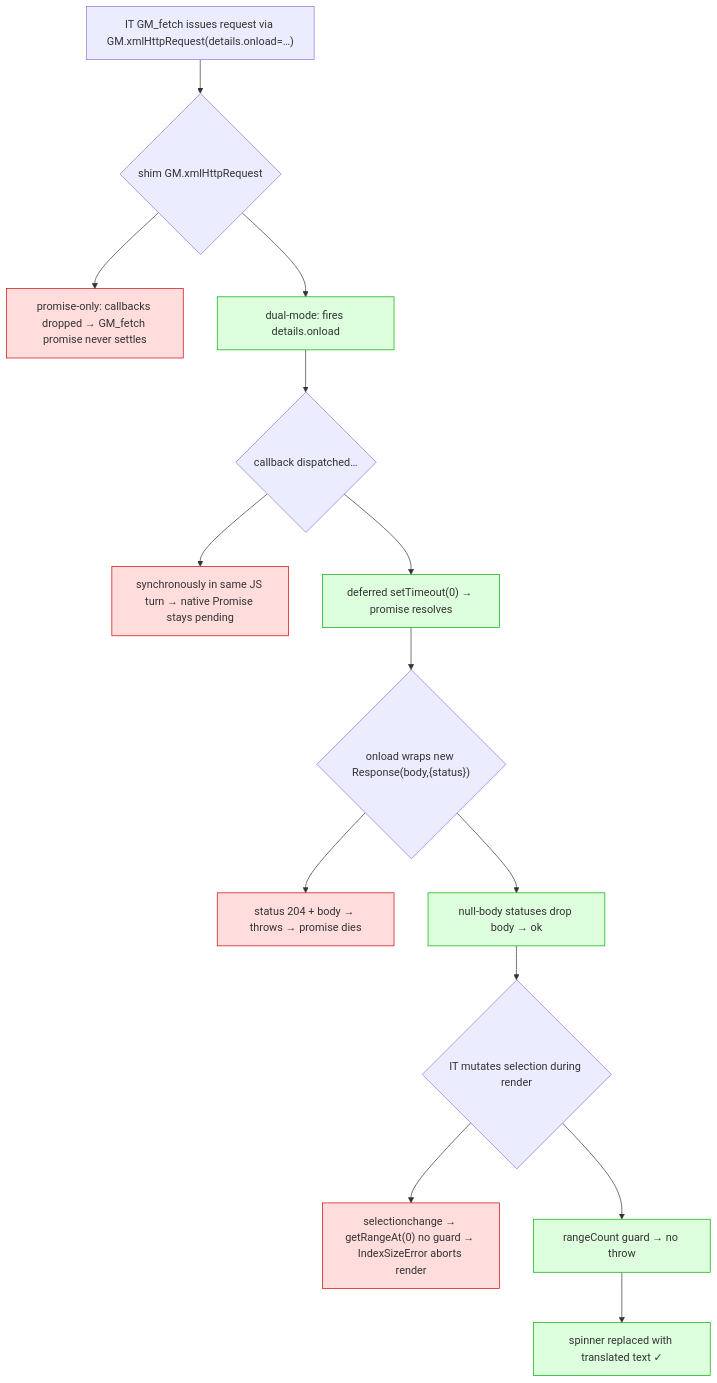
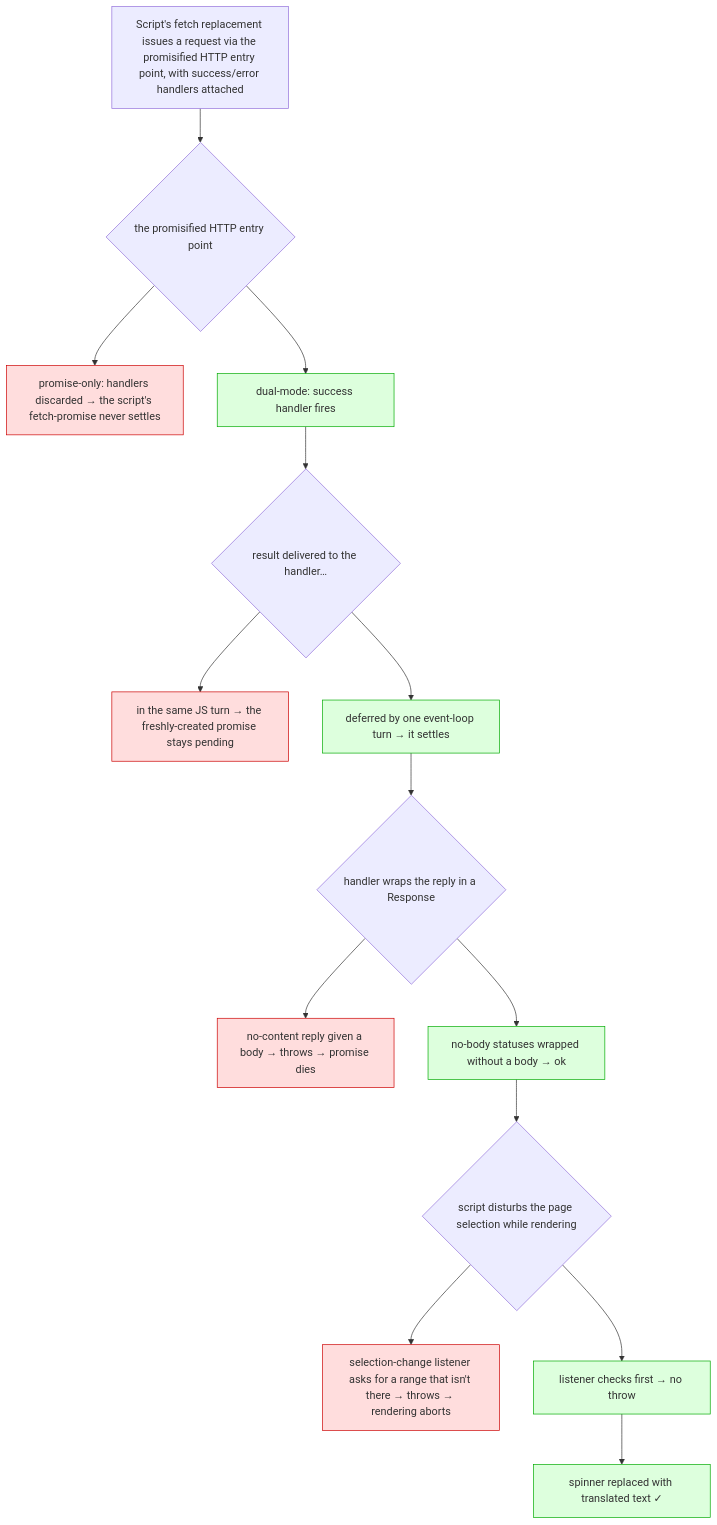
One commit to plateaukao/ADR changed the diagram in einkbro-userscript-translation-not-shown.md. Above: the diagram before and after it, drawn with Mermaid. The commit also changed other lines of this file and 1 other file, not shown here.

First line of the commit message:
docs: revise EinkBro userscript ADRs — drop Key Files, prose-focused

````diff
--- a/einkbro-userscript-translation-not-shown.md
+++ b/einkbro-userscript-translation-not-shown.md
@@ -94,30 +86,30 @@
 ```mermaid
 flowchart TB
-    REQ["IT GM_fetch issues request via GM.xmlHttpRequest(details.onload=…)"]
-    SHIM{"shim GM.xmlHttpRequest"}
-    P1["promise-only: callbacks dropped → GM_fetch promise never settles"]:::bad
-    P2["dual-mode: fires details.onload"]:::good
-    SYNC{"callback dispatched…"}
-    S1["synchronously in same JS turn → native Promise stays pending"]:::bad
-    S2["deferred setTimeout(0) → promise resolves"]:::good
-    RESP{"onload wraps new Response(body,{status})"}
-    R1["status 204 + body → throws → promise dies"]:::bad
-    R2["null-body statuses drop body → ok"]:::good
-    SEL{"IT mutates selection during render"}
-    E1["selectionchange → getRangeAt(0) no guard → IndexSizeError aborts render"]:::bad
-    E2["rangeCount guard → no throw"]:::good
-    OK["spinner replaced with translated text ✓"]:::good
+    req["Script's fetch replacement issues a request via the promisified HTTP entry point, with success/error handlers attached"]
+    shim{"the promisified HTTP entry point"}
+    p1["promise-only: handlers discarded → the script's fetch-promise never settles"]:::bad
+    p2["dual-mode: success handler fires"]:::good
+    sync{"result delivered to the handler…"}
+    s1["in the same JS turn → the freshly-created promise stays pending"]:::bad
+    s2["deferred by one event-loop turn → it settles"]:::good
+    resp{"handler wraps the reply in a Response"}
+    r1["no-content reply given a body → throws → promise dies"]:::bad
+    r2["no-body statuses wrapped without a body → ok"]:::good
+    sel{"script disturbs the page selection while rendering"}
+    e1["selection-change listener asks for a range that isn't there → throws → rendering aborts"]:::bad
+    e2["listener checks first → no throw"]:::good
+    ok["spinner replaced with translated text ✓"]:::good
 
-    REQ --> SHIM
-    SHIM --> P1
-    SHIM --> P2 --> SYNC
-    SYNC --> S1
-    SYNC --> S2 --> RESP
-    RESP --> R1
-    RESP --> R2 --> SEL
-    SEL --> E1
-    SEL --> E2 --> OK
+    req --> shim
+    shim --> p1
+    shim --> p2 --> sync
+    sync --> s1
+    sync --> s2 --> resp
+    resp --> r1
+    resp --> r2 --> sel
+    sel --> e1
+    sel --> e2 --> ok
 
     classDef bad fill:#fdd,stroke:#c00;
     classDef good fill:#dfd,stroke:#0a0;
 ```
````
